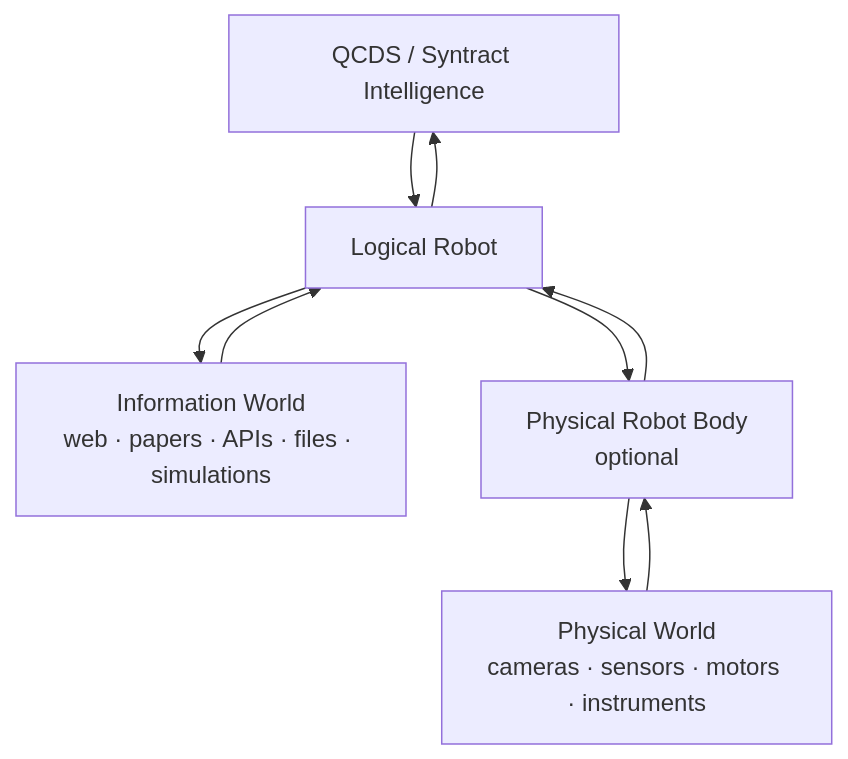
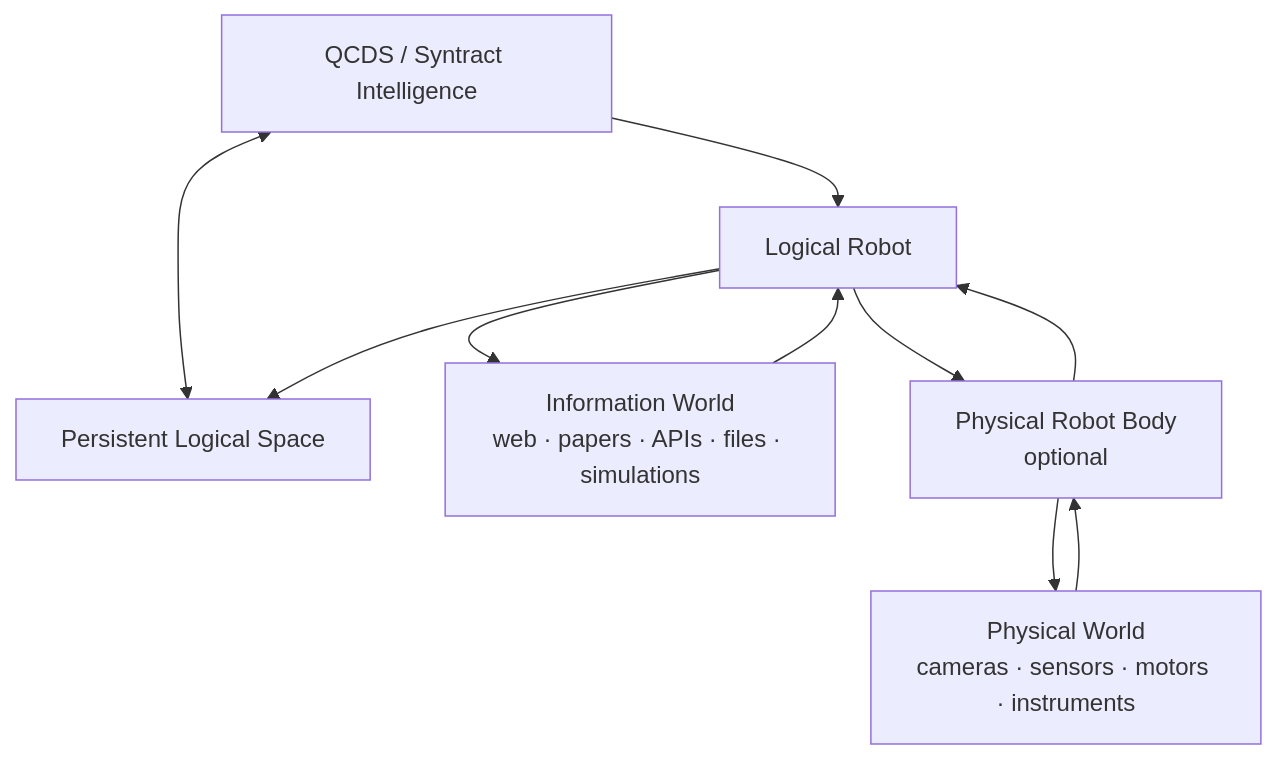
The second of 3 diagrams in README.md (iampathat/thesyntractvision), drawn with Mermaid before and after one commit. The commit also changed other lines of this file, not shown here.

Commit message:
BUILD 17: present shared Logical Space in project README

````diff
--- a/README.md
+++ b/README.md
@@ -36,12 +37,13 @@
 ```mermaid
 flowchart TD
     Q[QCDS / Syntract Intelligence]
+    Q <--> L[Persistent Logical Space]
     Q --> LR[Logical Robot]
     LR --> IW[Information World\nweb · papers · APIs · files · simulations]
     LR --> PR[Physical Robot Body\noptional]
     PR --> PW[Physical World\ncameras · sensors · motors · instruments]
     IW --> LR
     PW --> PR
     PR --> LR
-    LR --> Q
+    LR --> L
 ```
````
